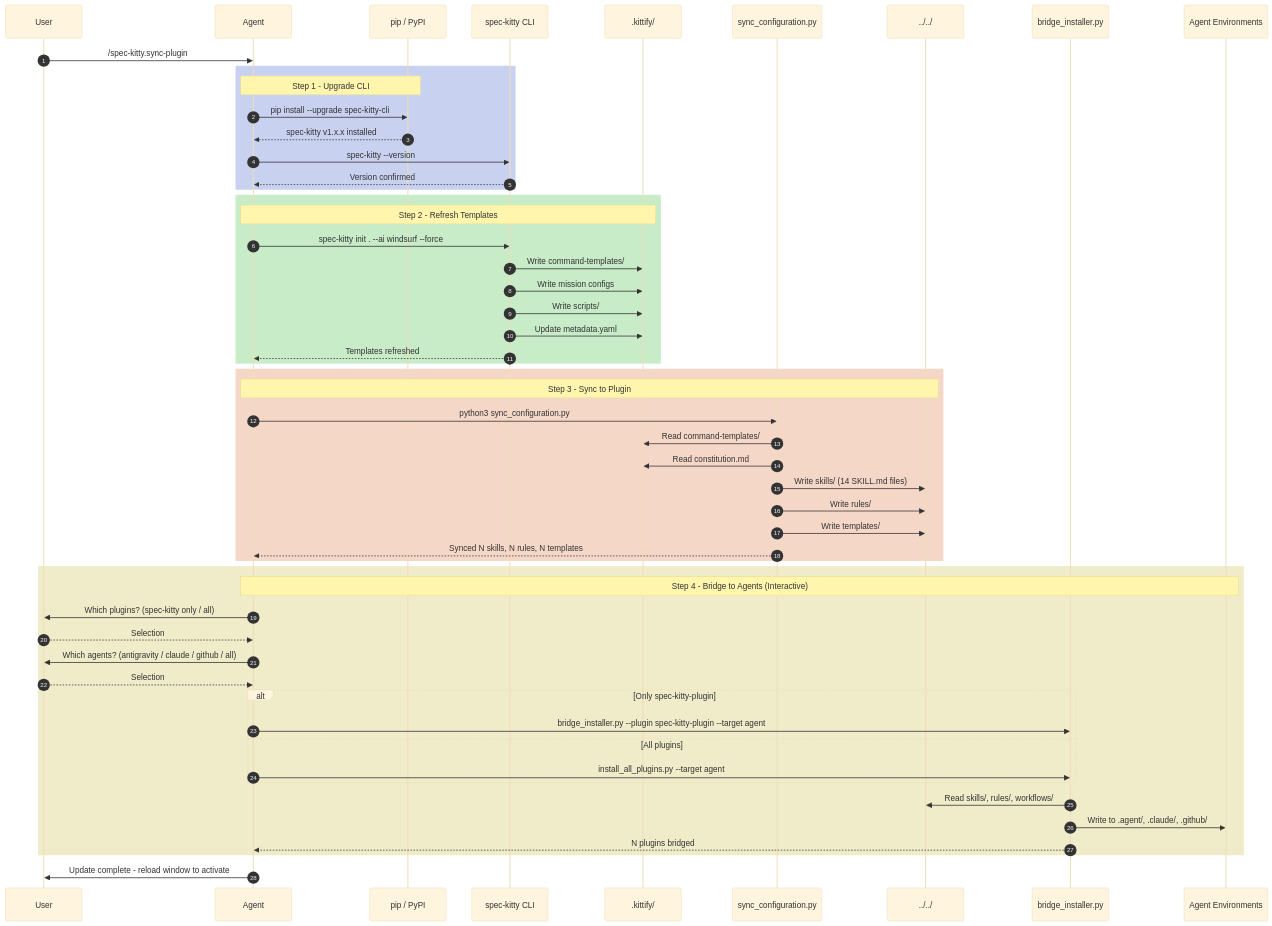
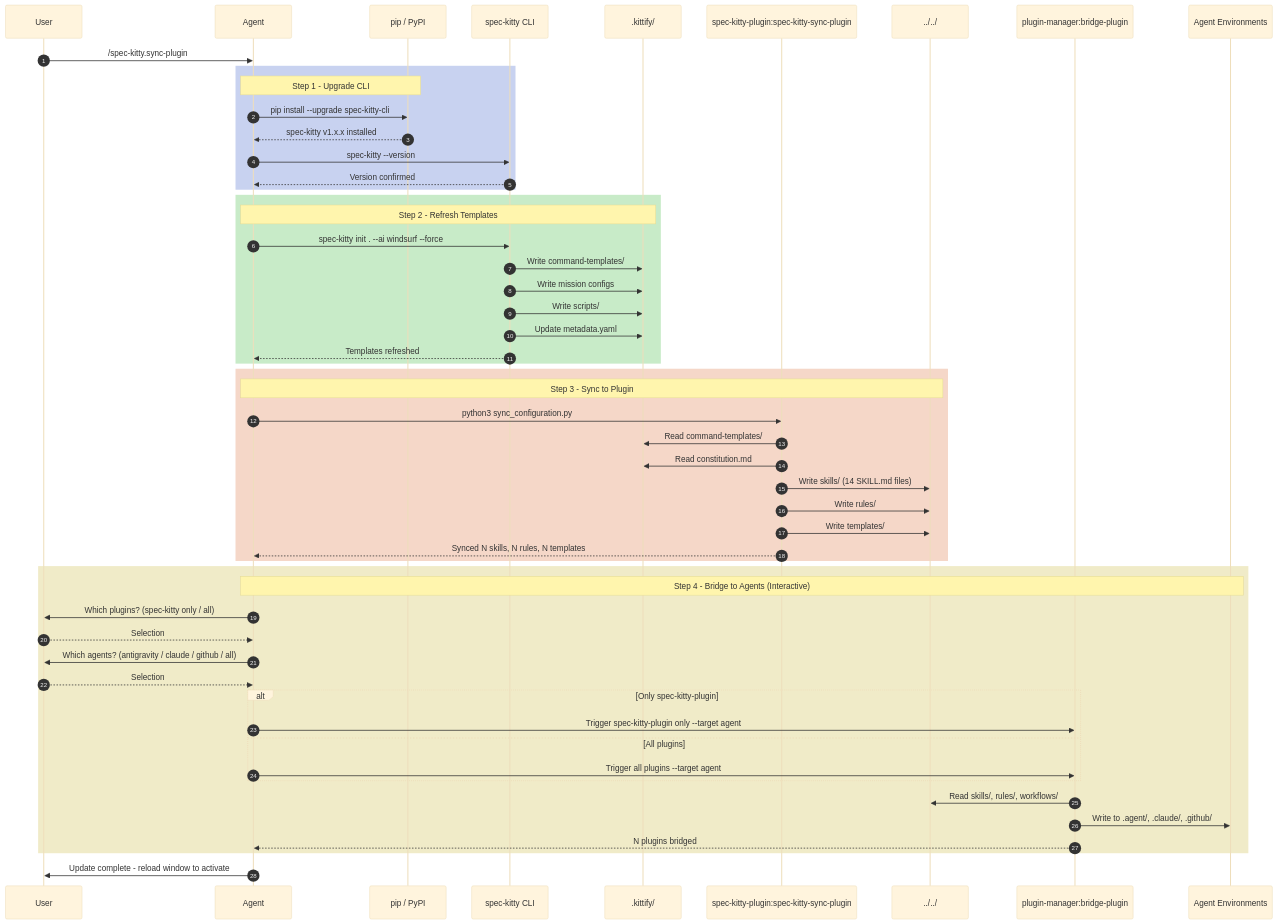
Before and after one commit to richfrem/agent-plugins-skills: the diagram in plugins/spec-kitty-plugin/skills/spec-kitty-sync-plugin/sync-plugin-flow.mmd, drawn with Mermaid (base theme). The commit also changed 85 other files, not shown here.

```diff
--- a/plugins/spec-kitty-plugin/skills/spec-kitty-sync-plugin/sync-plugin-flow.mmd
+++ b/plugins/spec-kitty-plugin/skills/spec-kitty-sync-plugin/sync-plugin-flow.mmd
@@ -1,62 +1,62 @@
 sequenceDiagram
     autonumber
     participant User
     participant Agent
     participant pip as pip / PyPI
     participant CLI as spec-kitty CLI
     participant Kittify as .kittify/
-    participant SyncScript as sync_configuration.py
+    participant SyncScript as spec-kitty-plugin:spec-kitty-sync-plugin
     participant Plugin as ../../
-    participant Bridge as bridge_installer.py
+    participant Bridge as plugin-manager:bridge-plugin
     participant Agents as Agent Environments
 
     User->>Agent: /spec-kitty.sync-plugin
 
     rect rgb(200, 210, 240)
         Note over Agent,pip: Step 1 - Upgrade CLI
         Agent->>pip: pip install --upgrade spec-kitty-cli
         pip-->>Agent: spec-kitty v1.x.x installed
         Agent->>CLI: spec-kitty --version
         CLI-->>Agent: Version confirmed
     end
 
     rect rgb(200, 235, 200)
         Note over Agent,Kittify: Step 2 - Refresh Templates
         Agent->>CLI: spec-kitty init . --ai windsurf --force
         CLI->>Kittify: Write command-templates/
         CLI->>Kittify: Write mission configs
         CLI->>Kittify: Write scripts/
         CLI->>Kittify: Update metadata.yaml
         CLI-->>Agent: Templates refreshed
     end
 
     rect rgb(245, 215, 200)
         Note over Agent,Plugin: Step 3 - Sync to Plugin
         Agent->>SyncScript: python3 sync_configuration.py
         SyncScript->>Kittify: Read command-templates/
         SyncScript->>Kittify: Read constitution.md
         SyncScript->>Plugin: Write skills/ (14 SKILL.md files)
         SyncScript->>Plugin: Write rules/
         SyncScript->>Plugin: Write templates/
         SyncScript-->>Agent: Synced N skills, N rules, N templates
     end
 
     rect rgb(240, 235, 200)
         Note over Agent,Agents: Step 4 - Bridge to Agents (Interactive)
         Agent->>User: Which plugins? (spec-kitty only / all)
         User-->>Agent: Selection
         Agent->>User: Which agents? (antigravity / claude / github / all)
         User-->>Agent: Selection
 
         alt Only spec-kitty-plugin
-            Agent->>Bridge: bridge_installer.py --plugin spec-kitty-plugin --target agent
+            Agent->>Bridge: Trigger spec-kitty-plugin only --target agent
         else All plugins
-            Agent->>Bridge: install_all_plugins.py --target agent
+            Agent->>Bridge: Trigger all plugins --target agent
         end
 
         Bridge->>Plugin: Read skills/, rules/, workflows/
         Bridge->>Agents: Write to .agent/, .claude/, .github/
         Bridge-->>Agent: N plugins bridged
     end
 
     Agent->>User: Update complete - reload window to activate
```
